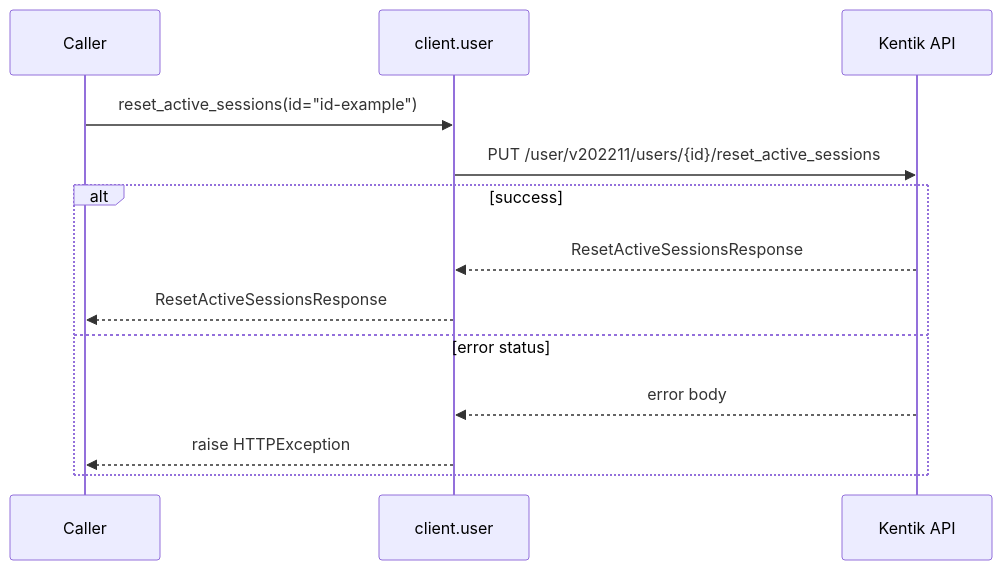
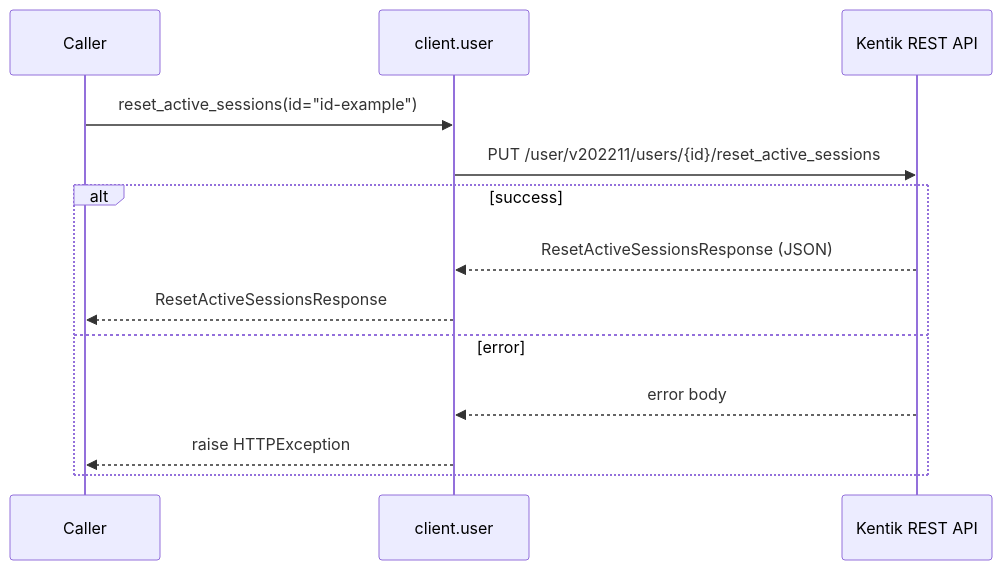
Diagram 12 of 16 in docs/sphinx/services/user.md (alexdearaujo/community_sdk_python), drawn with Mermaid before and after one commit. The commit also changed other lines of this file and 61 other files, not shown here.

````diff
--- a/docs/sphinx/services/user.md
+++ b/docs/sphinx/services/user.md
@@ -277,16 +404,16 @@
 ```mermaid
 sequenceDiagram
     participant C as Caller
     participant W as client.user
-    participant API as Kentik API
+    participant API as Kentik REST API
 
     C->>W: reset_active_sessions(id="id-example")
     W->>API: PUT /user/v202211/users/{id}/reset_active_sessions
     alt success
-        API-->>W: ResetActiveSessionsResponse
+        API-->>W: ResetActiveSessionsResponse (JSON)
         W-->>C: ResetActiveSessionsResponse
-    else error status
+    else error
         API-->>W: error body
         W-->>C: raise HTTPException
     end
 ```
````
